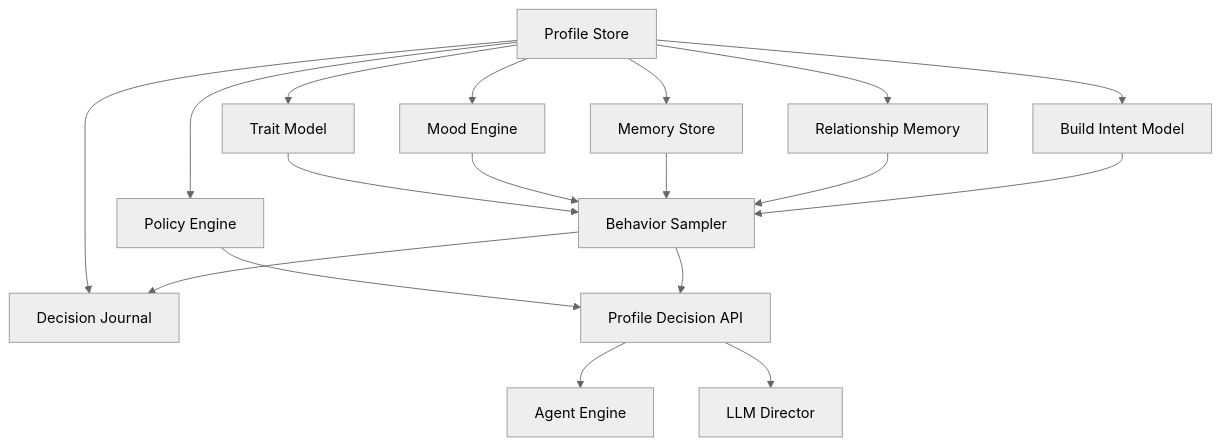
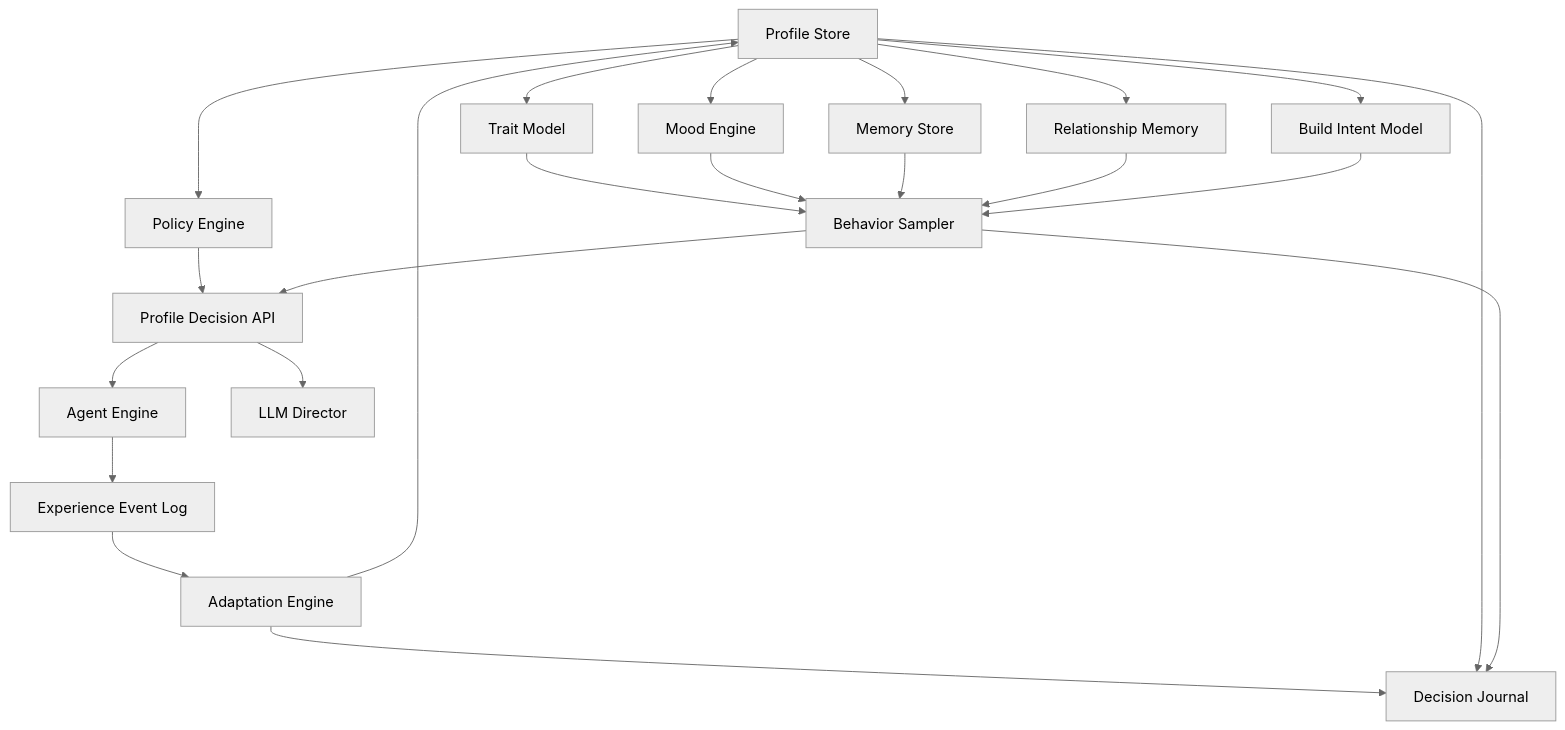
Before and after one commit to Kiwiism/cosmic_agents: the diagram in docs/agents/profile-platform/PROFILE_RUNTIME_ARCHITECTURE.md, drawn with Mermaid (neutral theme). The commit also changed other lines of this file and 41 other files, not shown here.

````diff
--- a/docs/agents/profile-platform/PROFILE_RUNTIME_ARCHITECTURE.md
+++ b/docs/agents/profile-platform/PROFILE_RUNTIME_ARCHITECTURE.md
@@ -22,33 +27,39 @@
 ```mermaid
 flowchart TB
     Store["Profile Store"]
     Traits["Trait Model"]
     Mood["Mood Engine"]
     Memory["Memory Store"]
     Relations["Relationship Memory"]
     Build["Build Intent Model"]
+    Events["Experience Event Log"]
+    Adapt["Adaptation Engine"]
     Journal["Decision Journal"]
     Policy["Policy Engine"]
     Sampler["Behavior Sampler"]
     API["Profile Decision API"]
     Agent["Agent Engine"]
     LLM["LLM Director"]
 
     Store --> Traits
     Store --> Mood
     Store --> Memory
     Store --> Relations
     Store --> Build
+    Agent --> Events
+    Events --> Adapt
+    Adapt --> Store
+    Adapt --> Journal
     Store --> Journal
     Store --> Policy
     Traits --> Sampler
     Mood --> Sampler
     Memory --> Sampler
     Relations --> Sampler
     Build --> Sampler
     Policy --> API
     Sampler --> API
     Sampler --> Journal
     API --> Agent
     API --> LLM
 ```
````
